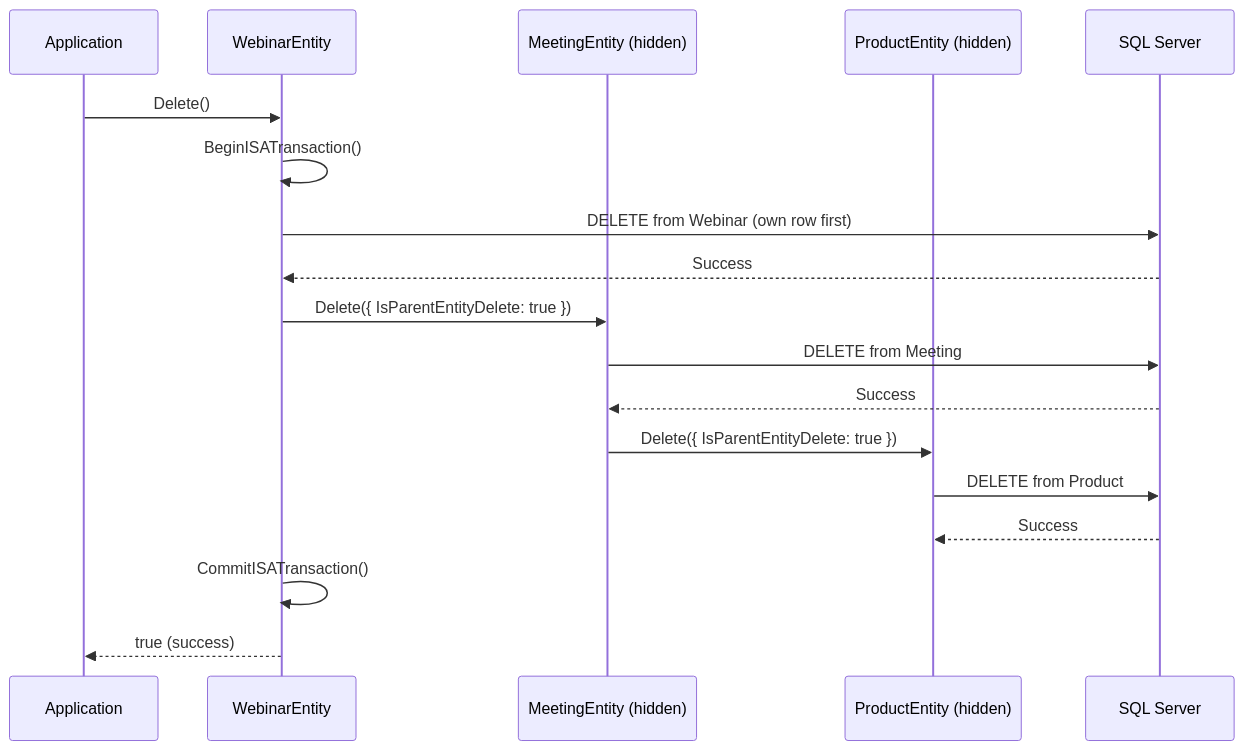
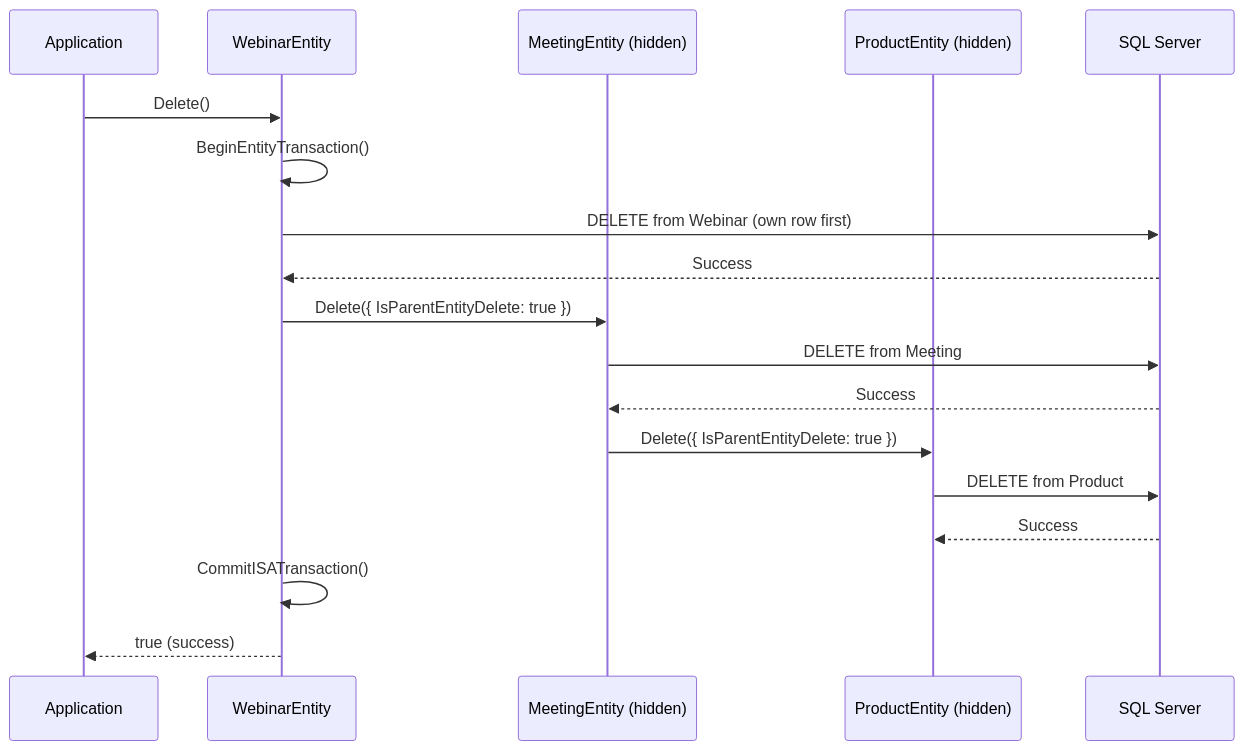
Before and after one commit to MemberJunction/MJ: the sixth of 7 diagrams in packages/MJCore/docs/isa-relationships.md, drawn with Mermaid. The commit also changed other lines of this file and 27 other files, not shown here.

````diff
--- a/packages/MJCore/docs/isa-relationships.md
+++ b/packages/MJCore/docs/isa-relationships.md
@@ -359,25 +382,25 @@
 ```mermaid
 sequenceDiagram
     participant App as Application
     participant W as WebinarEntity
     participant M as MeetingEntity (hidden)
     participant P as ProductEntity (hidden)
     participant DB as SQL Server
 
     App->>W: Delete()
-    W->>W: BeginISATransaction()
+    W->>W: BeginEntityTransaction()
 
     W->>DB: DELETE from Webinar (own row first)
     DB-->>W: Success
 
     W->>M: Delete({ IsParentEntityDelete: true })
     M->>DB: DELETE from Meeting
     DB-->>M: Success
 
     M->>P: Delete({ IsParentEntityDelete: true })
     P->>DB: DELETE from Product
     DB-->>P: Success
 
     W->>W: CommitISATransaction()
     W-->>App: true (success)
 ```
````
